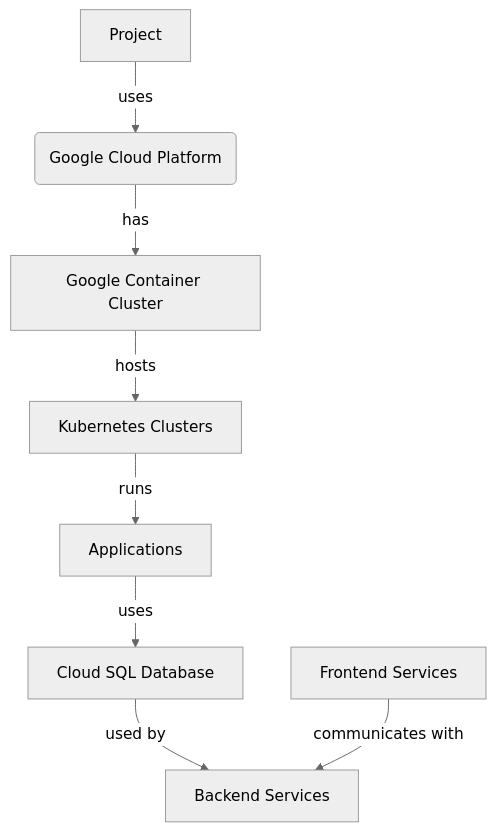
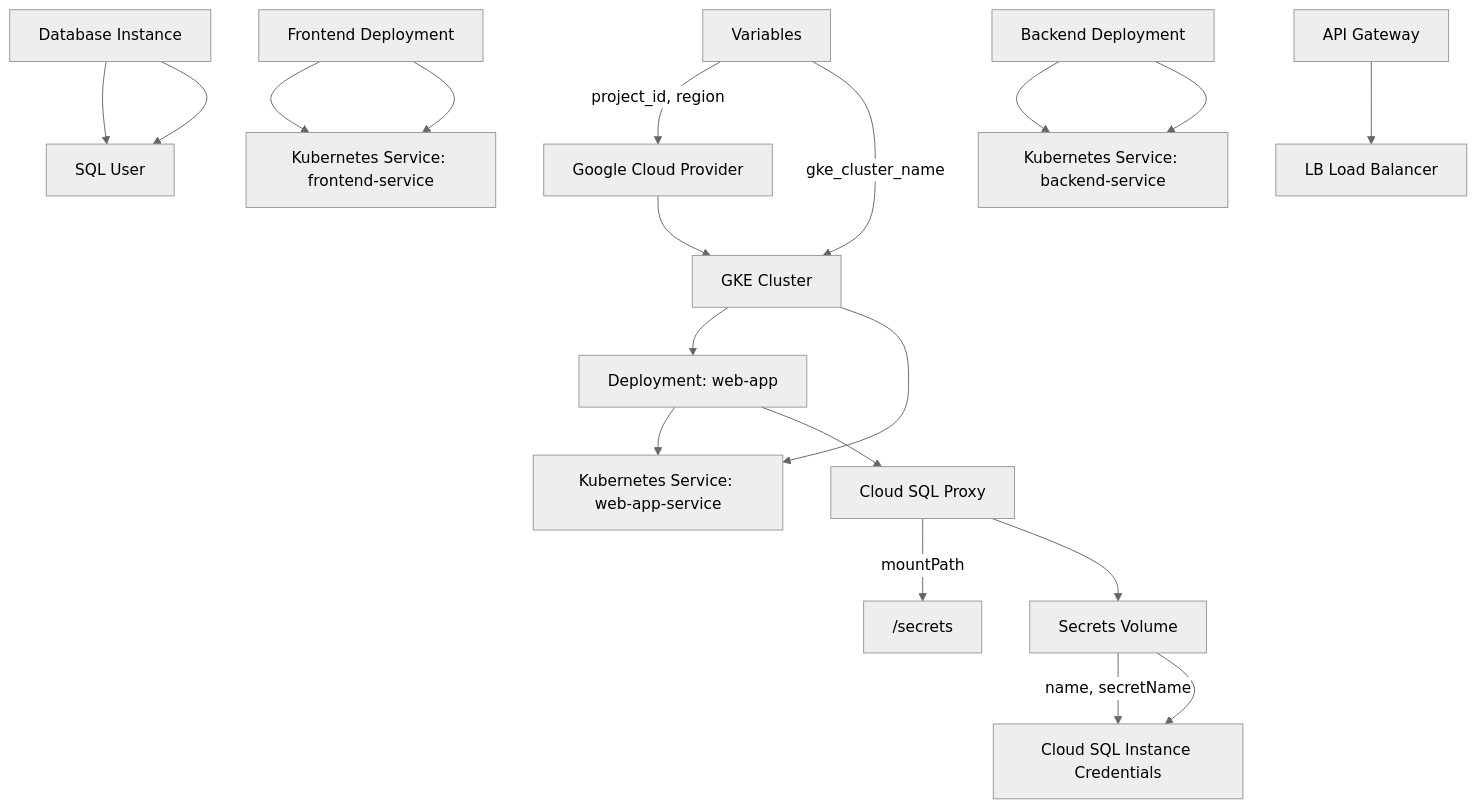
The diagram in README.md (Hacka25/webapp), drawn with Mermaid (neutral theme) before and after one commit. The commit also changed other lines of this file, not shown here.

Commit message:
[skip-autodocs] Update README and architecture diagram

````diff
--- a/README.md
+++ b/README.md
@@ -96,10 +138,22 @@
 ```mermaid
 graph TD
-    A[Project] --> |uses| B(Google Cloud Platform)
-    B --> |has| C[Google Container Cluster]
-    C --> |hosts| D[Kubernetes Clusters]
-    D --> |runs| E[Applications]
-    E --> |uses| F[Cloud SQL Database]
-    F --> |used by| G[Backend Services]
-    H[Frontend Services] --> |communicates with| G
+    A[Variables] --> |project_id, region| B[Google Cloud Provider]
+    B --> C[GKE Cluster]
+    C --> D[Deployment: web-app]
+    D --> E[Kubernetes Service: web-app-service]
+    F[Database Instance] --> G[SQL User]
+    H[Cloud SQL Proxy] --> |mountPath|/secrets
+    I[Secrets Volume] --> |name, secretName| J[Cloud SQL Instance Credentials]
+    K[Frontend Deployment] --> L[Kubernetes Service: frontend-service]
+    M[Backend Deployment] --> N[Kubernetes Service: backend-service]
+    O[API Gateway] --> P[LB Load Balancer]
+
+    A --> |gke_cluster_name| C
+    C --> E
+    F --> G
+    D --> H
+    H --> I
+    I --> J
+    K --> L
+    M --> N
 ```
````
